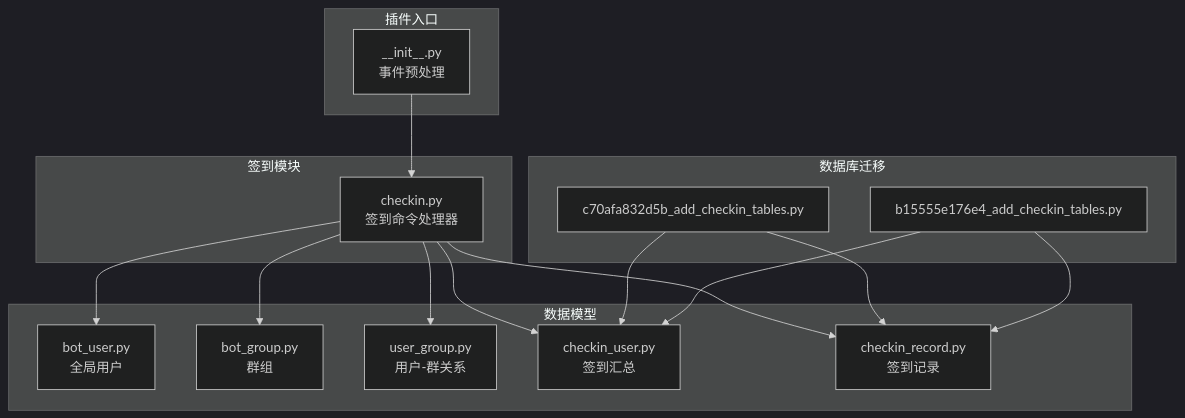
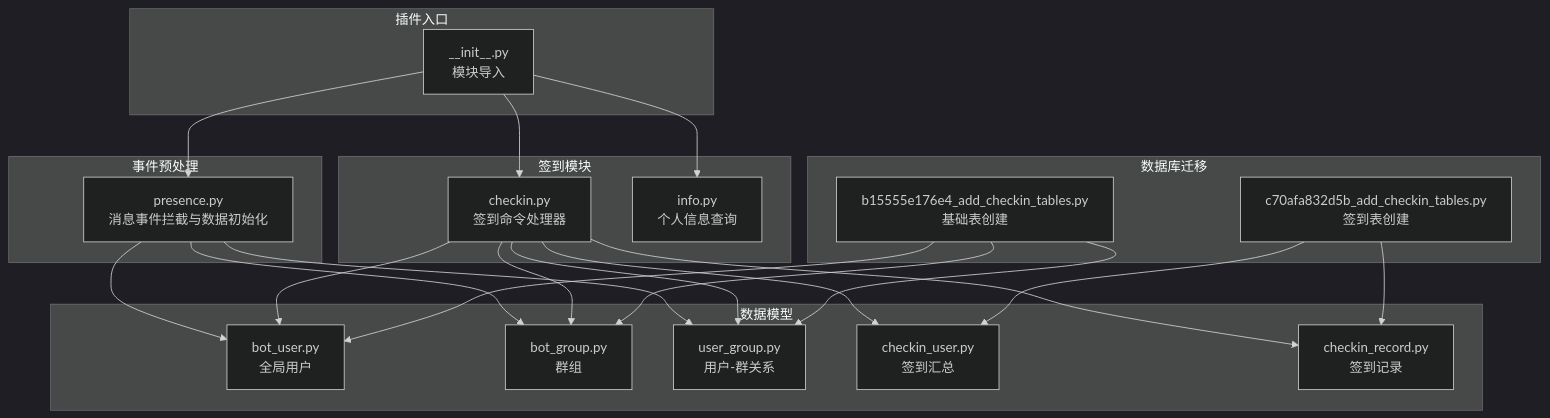
The first of 6 diagrams in .qoder/repowiki/zh/content/核心功能模块/签到系统.md (Wohaokunr/yawn_bot), drawn with Mermaid (dark theme) before and after one commit. The commit also changed other lines of this file and 13 other files, not shown here.

````diff
--- a/.qoder/repowiki/zh/content/核心功能模块/签到系统.md
+++ b/.qoder/repowiki/zh/content/核心功能模块/签到系统.md
@@ -43,30 +53,40 @@
 ```mermaid
 graph TB
 subgraph "插件入口"
-A["__init__.py<br/>事件预处理"]
+A["__init__.py<br/>模块导入"]
+end
+subgraph "事件预处理"
+B["presence.py<br/>消息事件拦截与数据初始化"]
 end
 subgraph "签到模块"
-B["checkin.py<br/>签到命令处理器"]
+C["checkin.py<br/>签到命令处理器"]
+D["info.py<br/>个人信息查询"]
 end
 subgraph "数据模型"
-C["bot_user.py<br/>全局用户"]
-D["bot_group.py<br/>群组"]
-E["user_group.py<br/>用户-群关系"]
-F["checkin_user.py<br/>签到汇总"]
-G["checkin_record.py<br/>签到记录"]
+E["bot_user.py<br/>全局用户"]
+F["bot_group.py<br/>群组"]
+G["user_group.py<br/>用户-群关系"]
+H["checkin_user.py<br/>签到汇总"]
+I["checkin_record.py<br/>签到记录"]
 end
 subgraph "数据库迁移"
-H["c70afa832d5b_add_checkin_tables.py"]
-I["b15555e176e4_add_checkin_tables.py"]
+J["c70afa832d5b_add_checkin_tables.py<br/>签到表创建"]
+K["b15555e176e4_add_checkin_tables.py<br/>基础表创建"]
 end
 A --> B
-B --> C
-B --> D
+A --> C
+A --> D
 B --> E
 B --> F
 B --> G
-H --> G
-H --> F
-I --> G
-I --> F
+C --> E
+C --> F
+C --> G
+C --> H
+C --> I
+J --> I
+J --> H
+K --> E
+K --> F
+K --> G
 ```
````
